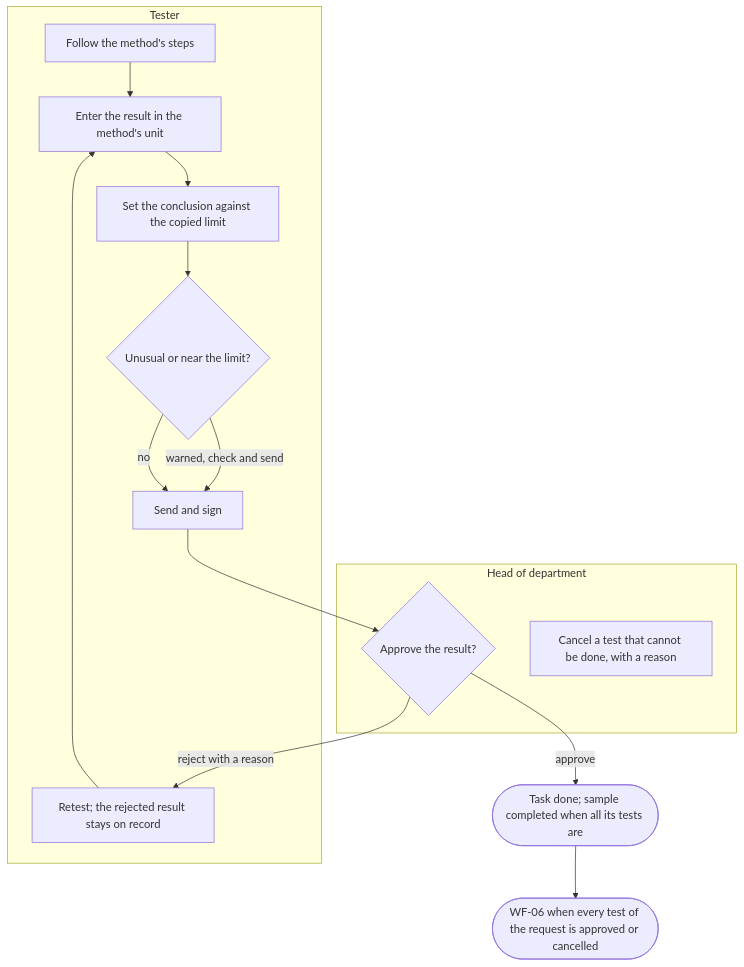
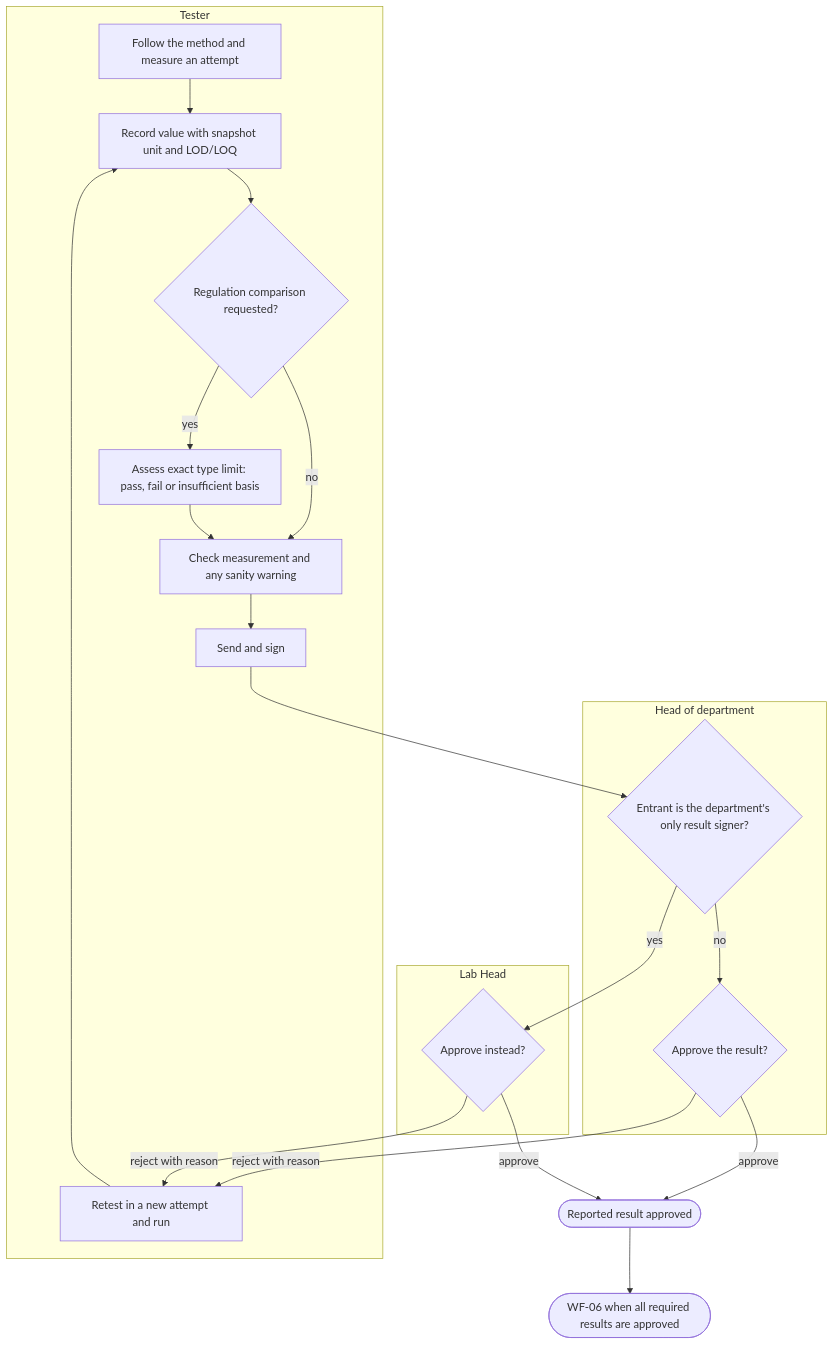
Before and after one commit to SoltuneMontepre/medilab: the fourth of 16 diagrams in docs/functional/business-flows.md, drawn with Mermaid. The commit also changed other lines of this file and 30 other files, not shown here.

````diff
--- a/docs/functional/business-flows.md
+++ b/docs/functional/business-flows.md
@@ -191,19 +202,26 @@
 ```mermaid
 flowchart TD
     subgraph lane10 ["Tester"]
-        t1[Follow the method's steps] --> t2[Enter the result in the method's unit]
-        t2 --> t3[Set the conclusion against the copied limit]
-        t3 --> t4{Unusual or near the limit?}
-        t4 -->|warned, check and send| t5[Send and sign]
-        t4 -->|no| t5
-        t6["Retest; the rejected result stays on record"]
+        t1[Follow the method and measure an attempt] --> t2[Record value with snapshot unit and LOD/LOQ]
+        t2 --> q{Regulation comparison requested?}
+        q -->|yes| t3[Assess exact type limit: pass, fail or insufficient basis]
+        q -->|no| t4[Check measurement and any sanity warning]
+        t3 --> t4 --> t5[Send and sign]
+        t6[Retest in a new attempt and run]
     end
     subgraph lane11 ["Head of department"]
+        h0{Entrant is the department's only result signer?}
         h1{Approve the result?}
-        h2[Cancel a test that cannot be done, with a reason]
     end
-    t5 --> h1
-    h1 -->|reject with a reason| t6 --> t2
-    h1 -->|approve| done(["Task done; sample completed when all its tests are"])
-    done --> wf06([WF-06 when every test of the request is approved or cancelled])
+    subgraph lane43 ["Lab Head"]
+        l1{Approve instead?}
+    end
+    t5 --> h0
+    h0 -->|no| h1
+    h0 -->|yes| l1
+    h1 -->|reject with reason| t6 --> t2
+    l1 -->|reject with reason| t6
+    h1 -->|approve| done([Reported result approved])
+    l1 -->|approve| done
+    done --> wf06([WF-06 when all required results are approved])
 ```
````
